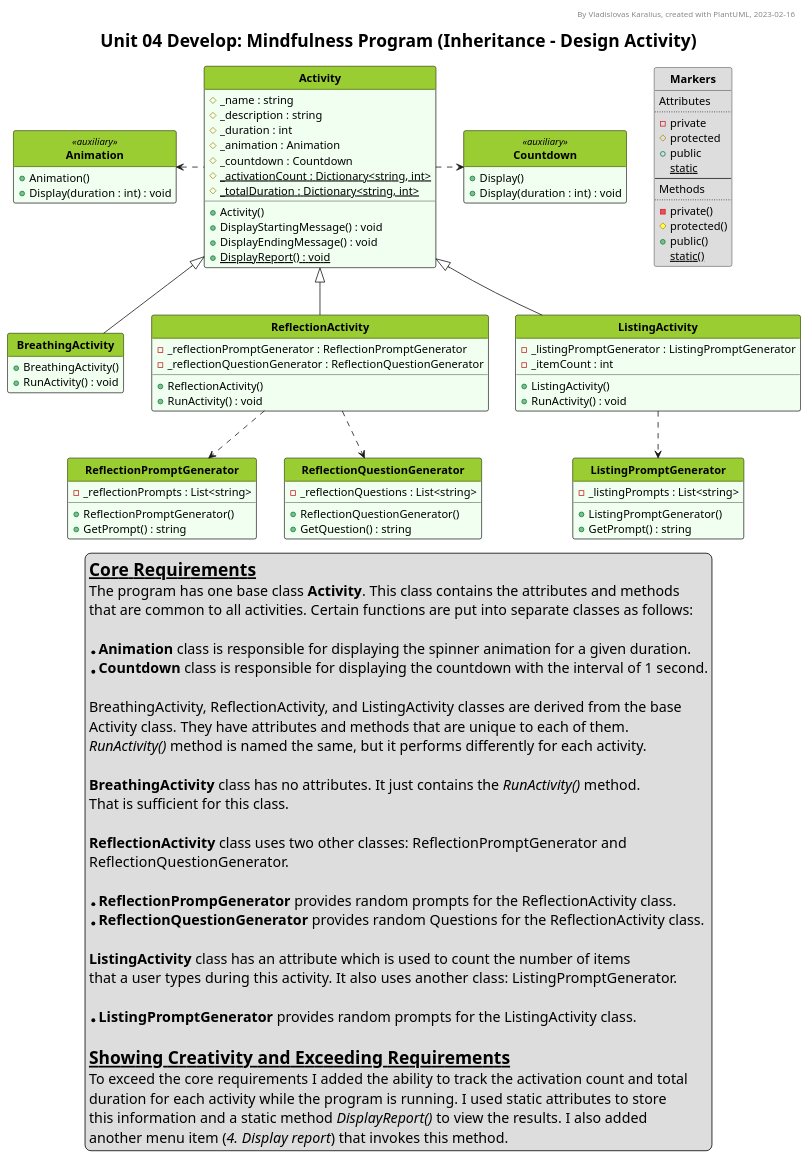
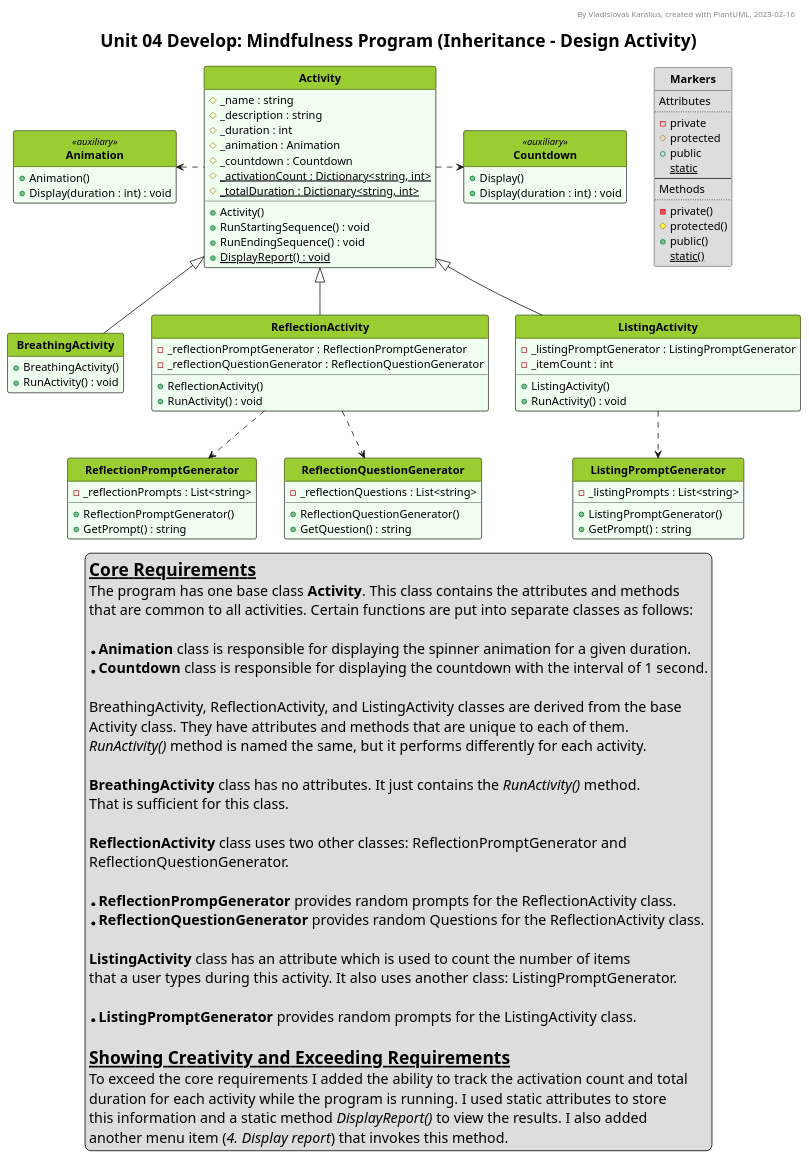
One commit to VladKaralius/cse210-projects changed the diagram in prove/Develop04/UML_diagram.pu. Above: the diagram before and after it, drawn with PlantUML. The commit also changed 2 other files, not shown here.

```diff
--- a/prove/Develop04/UML_diagram.pu
+++ b/prove/Develop04/UML_diagram.pu
@@ -1,170 +1,170 @@
 @startuml UML_diagram
 
 '--Formatting options--
 hide circle
 hide empty members
 'skinparam classAttributeIconSize 0
 skinparam style strictuml
 'skinparam groupInheritance 2
 'skinparam linetype ortho
 'skinparam Nodesep 15
 'skinparam Ranksep 25
 'left to right direction
 
 '--Styling--
 'skinparam BackgroundColor White/LightGreen
 skinparam TitleFontSize 22
 
 <style>
 classDiagram {
   class {
     '-attributes and methods-
     'FontSize 14
     'FontColor black
     'BackgroundColor #fefece
     BackgroundColor #f0fff0
     'RoundCorner 0
     '-class name-
     header {
       'FontSize 12
       'FontColor Black
       FontStyle bold
       BackgroundColor YellowGreen
     }
   }
   note {
     BackgroundColor Yellow
   }
   legend {
     FontSize 18
   }
 </style>
 
 '--Header, title, caption--
 header By Vladislovas Karalius, created with PlantUML, 2023-02-16
 title Unit 04 Develop: Mindfulness Program (Inheritance - Design Activity)
 'caption <:warning:>Constructors without parameters are not shown in this diagram
 
 ' Dummy class that explains visibility symbols
 class Markers #dddddd {
 Attributes
 ..
 - private
 # protected
 + public
 {static} static
 --
 Methods
 ..
 - private()
 # protected()
 + public()
 {static} static()
 }
 
 '--Main--
 class Activity {
   # _name : string
   # _description : string
   # _duration : int
   # _animation : Animation
   # _countdown : Countdown
   # {static} _activationCount : Dictionary<string, int>
   # {static} _totalDuration : Dictionary<string, int>
   + Activity()
-  + DisplayStartingMessage() : void
-  + DisplayEndingMessage() : void
+  + RunStartingSequence() : void
+  + RunEndingSequence() : void
   + {static} DisplayReport() : void
 }
 
 class BreathingActivity {
   + BreathingActivity()
   + RunActivity() : void
 }
 
 class ReflectionActivity {
   - _reflectionPromptGenerator : ReflectionPromptGenerator
   - _reflectionQuestionGenerator : ReflectionQuestionGenerator
   + ReflectionActivity()
   + RunActivity() : void
 }
 
 class ListingActivity {
   - _listingPromptGenerator : ListingPromptGenerator
   - _itemCount : int
   + ListingActivity()
   + RunActivity() : void
 }
 
 class ReflectionPromptGenerator {
   - _reflectionPrompts : List<string>
   + ReflectionPromptGenerator()
   + GetPrompt() : string
 }
 
 class ReflectionQuestionGenerator {
   - _reflectionQuestions : List<string>
   + ReflectionQuestionGenerator()
   + GetQuestion() : string
 }
 
 class ListingPromptGenerator {
   - _listingPrompts : List<string>
   + ListingPromptGenerator()
   + GetPrompt() : string
 }
 
 class Animation <<auxiliary>> {
   + Animation()
   + Display(duration : int) : void
 }
 
 class Countdown <<auxiliary>> {
   + Display()
   + Display(duration : int) : void
 }
 
 Activity <|-- BreathingActivity
 Activity <|-- ReflectionActivity
 Activity <|-- ListingActivity
 ReflectionActivity ..> ReflectionPromptGenerator
 ReflectionActivity ..> ReflectionQuestionGenerator
 ListingActivity ..> ListingPromptGenerator
 Activity .left.> Animation
 Activity .right.> Countdown
 
 '--Description--
 legend bottom
 <size:22>__**Core Requirements**__
 The program has one base class **Activity**. This class contains the attributes and methods
 that are common to all activities. Certain functions are put into separate classes as follows:
 
 * **Animation** class is responsible for displaying the spinner animation for a given duration.
 * **Countdown** class is responsible for displaying the countdown with the interval of 1 second.
 
 BreathingActivity, ReflectionActivity, and ListingActivity classes are derived from the base
 Activity class. They have attributes and methods that are unique to each of them.
 //RunActivity()// method is named the same, but it performs differently for each activity.
 
 **BreathingActivity** class has no attributes. It just contains the //RunActivity()// method.
 That is sufficient for this class.
 
 **ReflectionActivity** class uses two other classes: ReflectionPromptGenerator and
 ReflectionQuestionGenerator.
 
 * **ReflectionPrompGenerator** provides random prompts for the ReflectionActivity class.
 * **ReflectionQuestionGenerator** provides random Questions for the ReflectionActivity class.
 
 **ListingActivity** class has an attribute which is used to count the number of items
 that a user types during this activity. It also uses another class: ListingPromptGenerator.
 
 * **ListingPromptGenerator** provides random prompts for the ListingActivity class.
 
 <size:22>__**Showing Creativity and Exceeding Requirements**__
 To exceed the core requirements I added the ability to track the activation count and total
 duration for each activity while the program is running. I used static attributes to store
 this information and a static method //DisplayReport()// to view the results. I also added
 another menu item (//4. Display report//) that invokes this method.
 endlegend
 
 @enduml
```
